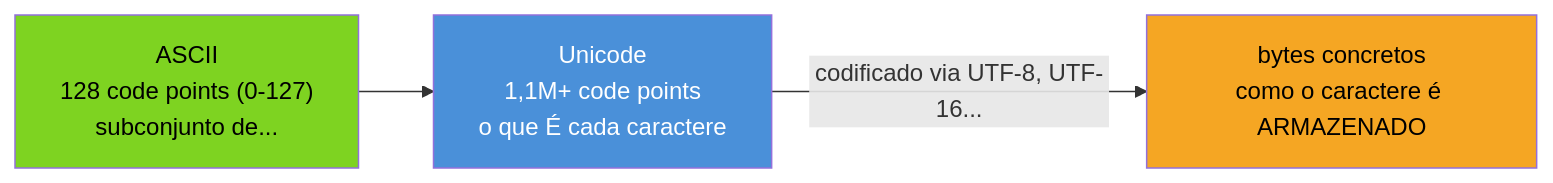
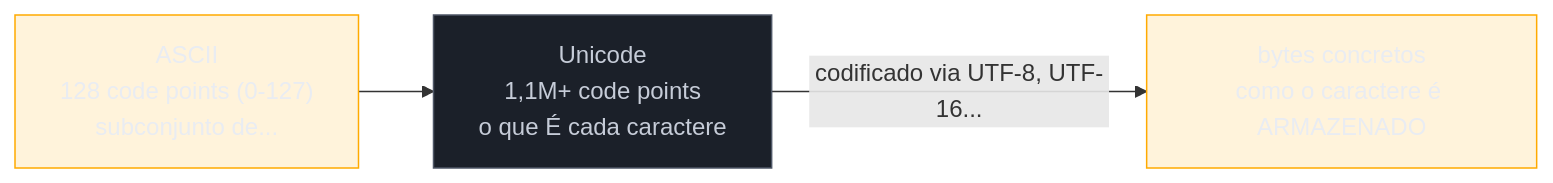
One commit to josenaldo/codex-technomanticus changed the second of 2 diagrams in 03-Dominios/Tecnologia/Python/Certificação (PCEP-PCAP)/03 - PCAP — módulos, exceções e strings.md. Above: the diagram before and after it, drawn with Mermaid. The commit also changed other lines of this file and 1181 other files, not shown here.

First line of the commit message:
fix(diagramas): paleta do sistema no lugar de cor cravada no markdown

````diff
--- a/03-Dominios/Tecnologia/Python/Certificação (PCEP-PCAP)/03 - PCAP — módulos, exceções e strings.md
+++ b/03-Dominios/Tecnologia/Python/Certificação (PCEP-PCAP)/03 - PCAP — módulos, exceções e strings.md
@@ -150,9 +154,11 @@
 ```mermaid
 flowchart LR
+    classDef destaque fill:#FFAA0024,stroke:#FFAA00,color:#E9ECF2
+    classDef neutro fill:#1B2029,stroke:#4E5666,color:#C6CCD8
     ASCII["ASCII<br/>128 code points (0-127)<br/>subconjunto de..."] --> UNI["Unicode<br/>1,1M+ code points<br/>o que É cada caractere"]
     UNI -->|"codificado via UTF-8, UTF-16..."| BYTES["bytes concretos<br/>como o caractere é ARMAZENADO"]
 
-    style ASCII fill:#7ED321,color:#000
-    style UNI fill:#4A90D9,color:#fff
-    style BYTES fill:#F5A623,color:#000
+    class ASCII destaque
+    class UNI neutro
+    class BYTES destaque
 ```
````
